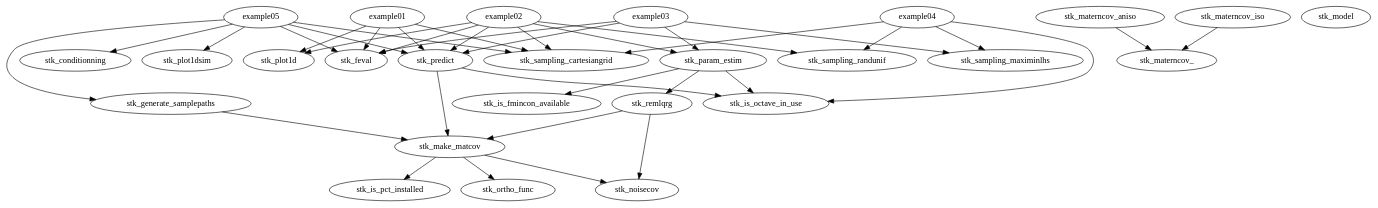
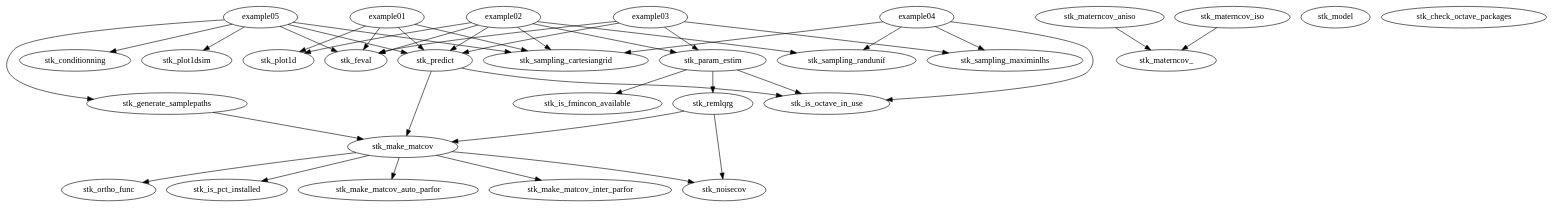
The diagram in htmldoc/graph.dot (stk-kriging/stk), drawn with Graphviz before and after one commit. The commit also changed 60 other files, not shown here.

```diff
--- a/htmldoc/graph.dot
+++ b/htmldoc/graph.dot
@@ -1,67 +1,72 @@
 /* Created by mdot for Matlab */
 digraph m2html {
   stk_generate_samplepaths -> stk_make_matcov;
+  stk_make_matcov -> stk_make_matcov_auto_parfor;
+  stk_make_matcov -> stk_make_matcov_inter_parfor;
   stk_make_matcov -> stk_ortho_func;
   stk_make_matcov -> stk_noisecov;
   stk_make_matcov -> stk_is_pct_installed;
   stk_param_estim -> stk_remlqrg;
   stk_param_estim -> stk_is_fmincon_available;
   stk_param_estim -> stk_is_octave_in_use;
   stk_predict -> stk_make_matcov;
   stk_predict -> stk_is_octave_in_use;
   stk_remlqrg -> stk_make_matcov;
   stk_remlqrg -> stk_noisecov;
   stk_materncov_aniso -> stk_materncov_;
   stk_materncov_iso -> stk_materncov_;
   example01 -> stk_predict;
   example01 -> stk_sampling_cartesiangrid;
   example01 -> stk_feval;
   example01 -> stk_plot1d;
   example02 -> stk_param_estim;
   example02 -> stk_predict;
   example02 -> stk_sampling_cartesiangrid;
   example02 -> stk_sampling_randunif;
   example02 -> stk_feval;
   example02 -> stk_plot1d;
   example03 -> stk_param_estim;
   example03 -> stk_predict;
   example03 -> stk_sampling_maximinlhs;
   example03 -> stk_feval;
   example04 -> stk_sampling_cartesiangrid;
   example04 -> stk_sampling_maximinlhs;
   example04 -> stk_sampling_randunif;
   example04 -> stk_is_octave_in_use;
   example05 -> stk_conditionning;
   example05 -> stk_generate_samplepaths;
   example05 -> stk_predict;
   example05 -> stk_sampling_cartesiangrid;
   example05 -> stk_feval;
   example05 -> stk_plot1dsim;
 
+  stk_make_matcov_auto_parfor [URL="core/private/stk_make_matcov_auto_parfor.html"];
+  stk_make_matcov_inter_parfor [URL="core/private/stk_make_matcov_inter_parfor.html"];
   stk_conditionning [URL="core/stk_conditionning.html"];
   stk_generate_samplepaths [URL="core/stk_generate_samplepaths.html"];
   stk_make_matcov [URL="core/stk_make_matcov.html"];
   stk_model [URL="core/stk_model.html"];
   stk_ortho_func [URL="core/stk_ortho_func.html"];
   stk_param_estim [URL="core/stk_param_estim.html"];
   stk_predict [URL="core/stk_predict.html"];
   stk_remlqrg [URL="core/stk_remlqrg.html"];
   stk_materncov_ [URL="covfcs/stk_materncov_.html"];
   stk_materncov_aniso [URL="covfcs/stk_materncov_aniso.html"];
   stk_materncov_iso [URL="covfcs/stk_materncov_iso.html"];
   stk_noisecov [URL="covfcs/stk_noisecov.html"];
   example01 [URL="examples/example01.html"];
   example02 [URL="examples/example02.html"];
   example03 [URL="examples/example03.html"];
   example04 [URL="examples/example04.html"];
   example05 [URL="examples/example05.html"];
   stk_sampling_cartesiangrid [URL="sampling/stk_sampling_cartesiangrid.html"];
   stk_sampling_maximinlhs [URL="sampling/stk_sampling_maximinlhs.html"];
   stk_sampling_randunif [URL="sampling/stk_sampling_randunif.html"];
+  stk_check_octave_packages [URL="utils/stk_check_octave_packages.html"];
   stk_feval [URL="utils/stk_feval.html"];
   stk_is_fmincon_available [URL="utils/stk_is_fmincon_available.html"];
   stk_is_octave_in_use [URL="utils/stk_is_octave_in_use.html"];
   stk_is_pct_installed [URL="utils/stk_is_pct_installed.html"];
   stk_plot1d [URL="utils/stk_plot1d.html"];
   stk_plot1dsim [URL="utils/stk_plot1dsim.html"];
 }
```
